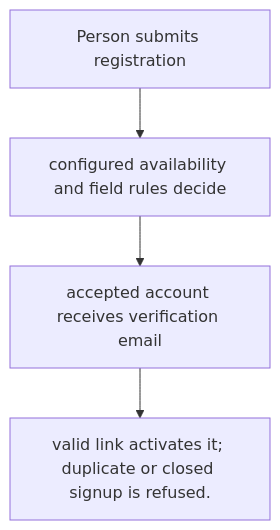
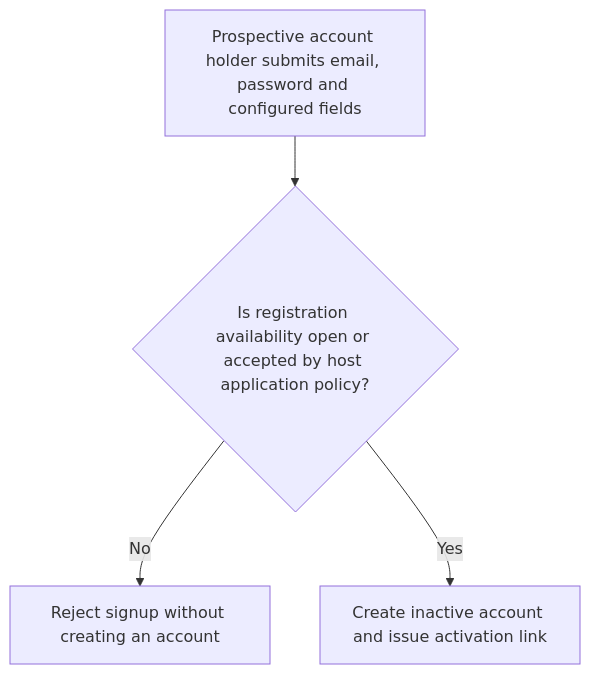
The first of 2 diagrams in user-stories/US-ACCOUNT-02-create-and-verify-account.md (Kevinjohn/oss-adonisjs-account-kit), drawn with Mermaid before and after one commit. The commit also changed other lines of this file and 17 other files, not shown here.

````diff
--- a/user-stories/US-ACCOUNT-02-create-and-verify-account.md
+++ b/user-stories/US-ACCOUNT-02-create-and-verify-account.md
@@ -20,10 +18,6 @@
 ```mermaid
 flowchart TD
-    U0["Person submits registration"]
-    U1["configured availability and field rules decide"]
-    U0 --> U1
-    U2["accepted account receives verification email"]
-    U1 --> U2
-    U3["valid link activates it; duplicate or closed signup is refused."]
-    U2 --> U3
+ A["Prospective account holder submits email, password and configured fields"] --> B{"Is registration availability open or accepted by host application policy?"}
+ B -->|No| C["Reject signup without creating an account"]
+ B -->|Yes| D["Create inactive account and issue activation link"]
 ```
````
